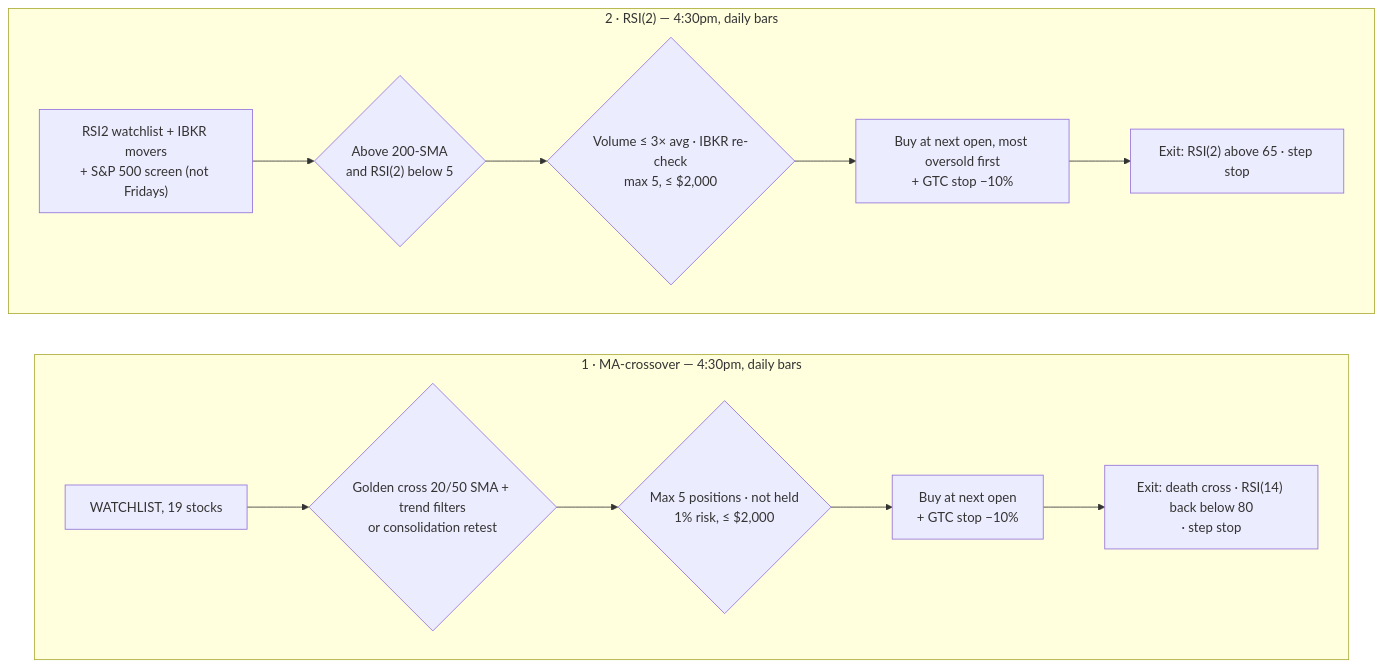
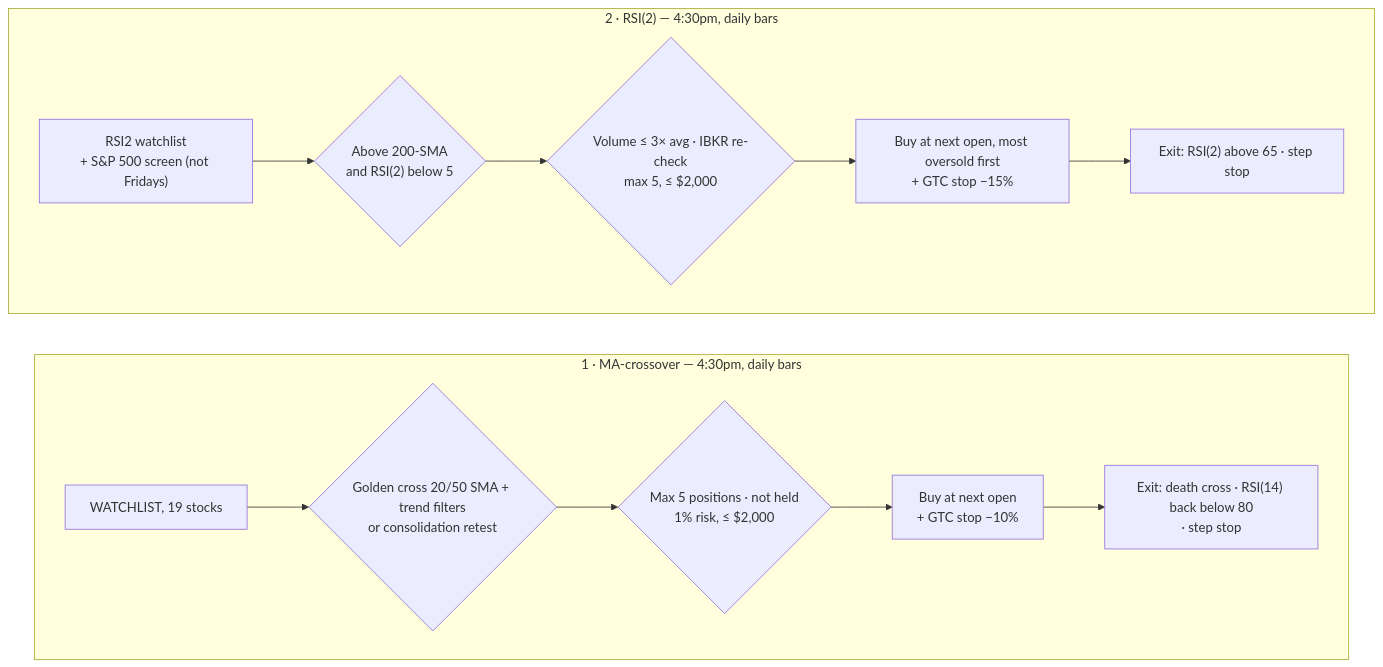
The second of 4 diagrams in README.md (rshukla29/trading-bot-first), drawn with Mermaid before and after one commit. The commit also changed other lines of this file and 10 other files, not shown here.

First line of the commit message:
RSI(2) 15% stop, movers scan off; stock profit lock from +30%

````diff
--- a/README.md
+++ b/README.md
@@ -64,11 +64,11 @@
 ```mermaid
 flowchart LR
   subgraph S1["1 · MA-crossover — 4:30pm, daily bars"]
     direction LR
     a1["WATCHLIST, 19 stocks"] --> a2{"Golden cross 20/50 SMA + trend filters<br/>or consolidation retest"} --> a3{"Max 5 positions · not held<br/>1% risk, ≤ $2,000"} --> a4["Buy at next open<br/>+ GTC stop −10%"] --> a5["Exit: death cross · RSI(14) back below 80<br/>· step stop"]
   end
   subgraph S2["2 · RSI(2) — 4:30pm, daily bars"]
     direction LR
-    b1["RSI2 watchlist + IBKR movers<br/>+ S&P 500 screen (not Fridays)"] --> b2{"Above 200-SMA<br/>and RSI(2) below 5"} --> b3{"Volume ≤ 3× avg · IBKR re-check<br/>max 5, ≤ $2,000"} --> b4["Buy at next open, most oversold first<br/>+ GTC stop −10%"] --> b5["Exit: RSI(2) above 65 · step stop"]
+    b1["RSI2 watchlist<br/>+ S&P 500 screen (not Fridays)"] --> b2{"Above 200-SMA<br/>and RSI(2) below 5"} --> b3{"Volume ≤ 3× avg · IBKR re-check<br/>max 5, ≤ $2,000"} --> b4["Buy at next open, most oversold first<br/>+ GTC stop −15%"] --> b5["Exit: RSI(2) above 65 · step stop"]
   end
 ```
````
